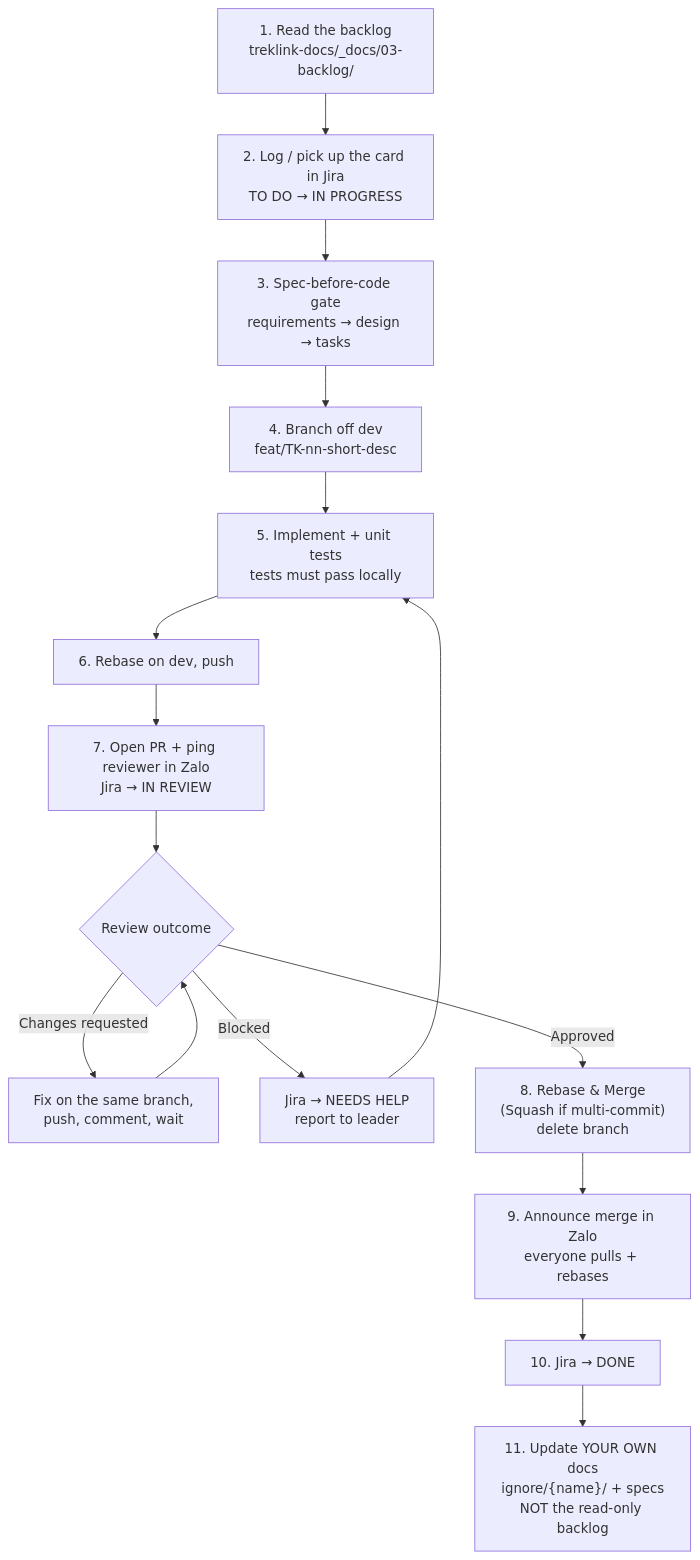
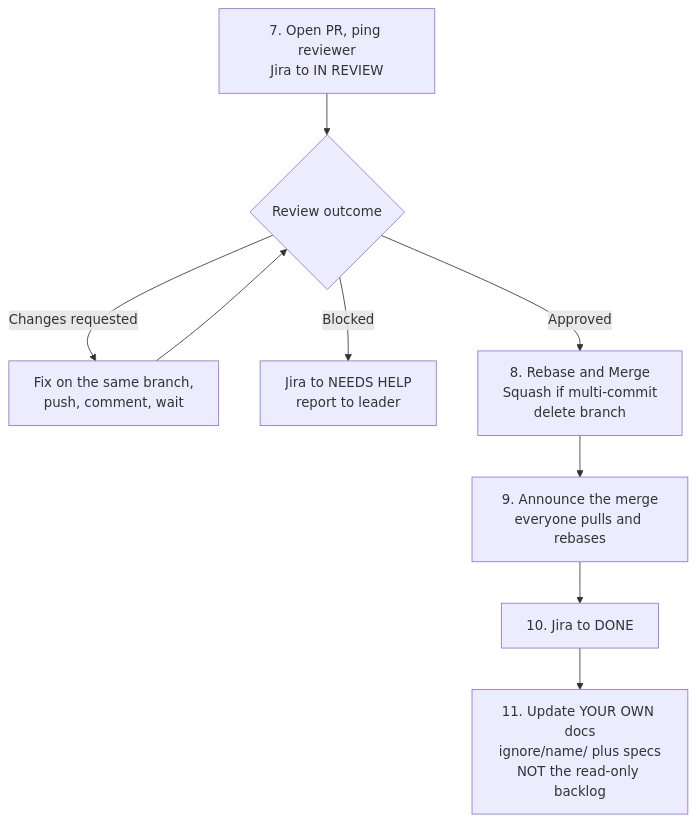
The fourth of 4 diagrams in _docs/01-conventions/10-jira-tracking-and-workflow.md (TrekLink-Team/treklink-docs), drawn with Mermaid before and after one commit. The commit also changed other lines of this file and 30 other files, not shown here.

First line of the commit message:
docs: adopt SEP490 model, swimlane main flows, computed figure placement

````diff
--- a/_docs/01-conventions/10-jira-tracking-and-workflow.md
+++ b/_docs/01-conventions/10-jira-tracking-and-workflow.md
@@ -259,18 +282,11 @@
 ```mermaid
 flowchart TD
-    A["1. Read the backlog<br/>treklink-docs/_docs/03-backlog/"] --> B["2. Log / pick up the card in Jira<br/>TO DO → IN PROGRESS"]
-    B --> C["3. Spec-before-code gate<br/>requirements → design → tasks"]
-    C --> D["4. Branch off dev<br/>feat/TK-nn-short-desc"]
-    D --> E["5. Implement + unit tests<br/>tests must pass locally"]
-    E --> F["6. Rebase on dev, push"]
-    F --> G["7. Open PR + ping reviewer in Zalo<br/>Jira → IN REVIEW"]
-    G --> H{"Review outcome"}
+    G["7. Open PR, ping reviewer<br/>Jira to IN REVIEW"] --> H{"Review outcome"}
     H -->|"Changes requested"| I["Fix on the same branch,<br/>push, comment, wait"]
     I --> H
-    H -->|"Blocked"| J["Jira → NEEDS HELP<br/>report to leader"]
-    J --> E
-    H -->|"Approved"| K["8. Rebase & Merge<br/>(Squash if multi-commit)<br/>delete branch"]
-    K --> L["9. Announce merge in Zalo<br/>everyone pulls + rebases"]
-    L --> M["10. Jira → DONE"]
-    M --> N["11. Update YOUR OWN docs<br/>ignore/{name}/ + specs<br/>NOT the read-only backlog"]
+    H -->|"Blocked"| J["Jira to NEEDS HELP<br/>report to leader"]
+    H -->|"Approved"| K["8. Rebase and Merge<br/>Squash if multi-commit<br/>delete branch"]
+    K --> L["9. Announce the merge<br/>everyone pulls and rebases"]
+    L --> M["10. Jira to DONE"]
+    M --> N["11. Update YOUR OWN docs<br/>ignore/name/ plus specs<br/>NOT the read-only backlog"]
 ```
````
